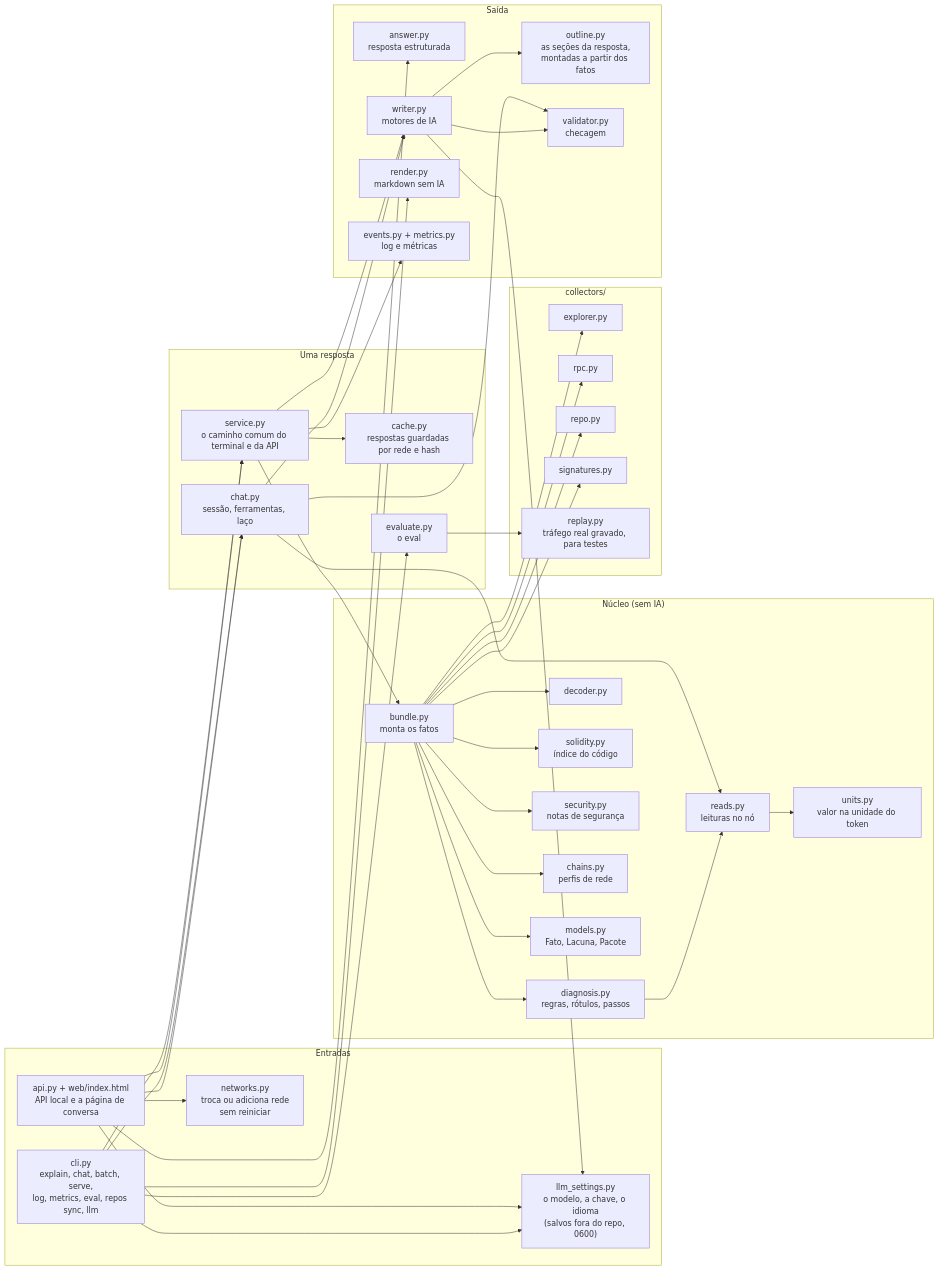
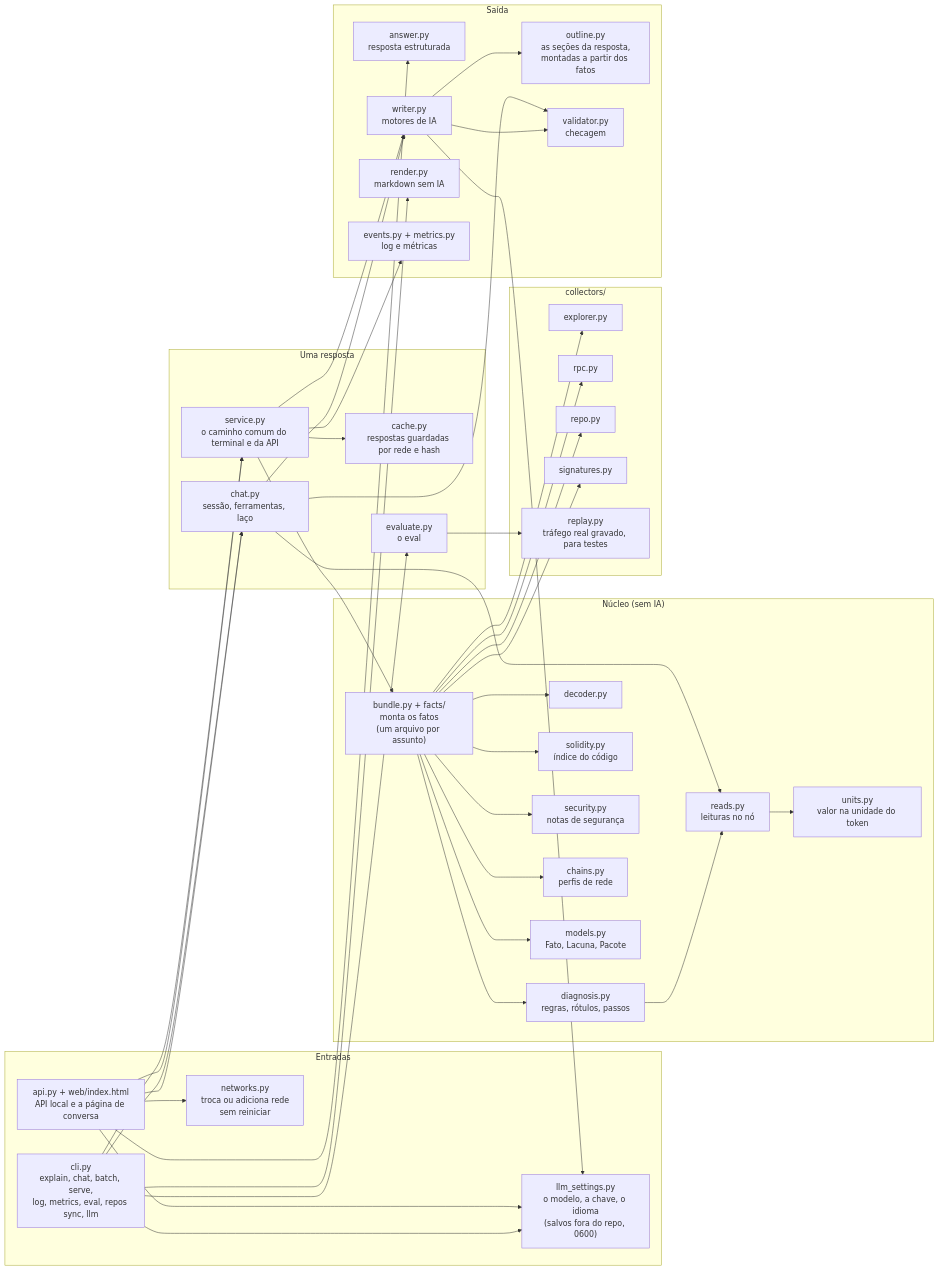
The eighth of 10 diagrams in docs/ARCHITECTURE.pt-BR.md (Ebaoj/anychain), drawn with Mermaid before and after one commit. The commit also changed other lines of this file and 12 other files, not shown here.

First line of the commit message:
BundleBuilder split by concern into facts/: an orchestrator of 367 lines and six parts, each method moved unchanged (D79)

````diff
--- a/docs/ARCHITECTURE.pt-BR.md
+++ b/docs/ARCHITECTURE.pt-BR.md
@@ -252,79 +252,79 @@
 ```mermaid
 flowchart LR
     subgraph entry["Entradas"]
         cli["cli.py<br/>explain, chat, batch, serve,<br/>log, metrics, eval, repos sync, llm"]
         api["api.py + web/index.html<br/>API local e a página de conversa"]
         networks["networks.py<br/>troca ou adiciona rede<br/>sem reiniciar"]
         settings["llm_settings.py<br/>o modelo, a chave, o idioma<br/>(salvos fora do repo, 0600)"]
     end
 
     subgraph service_g["Uma resposta"]
         service["service.py<br/>o caminho comum do terminal e da API"]
         cache["cache.py<br/>respostas guardadas por rede e hash"]
         chat["chat.py<br/>sessão, ferramentas, laço"]
         evaluate["evaluate.py<br/>o eval"]
     end
 
     subgraph core["Núcleo (sem IA)"]
-        bundle["bundle.py<br/>monta os fatos"]
+        bundle["bundle.py + facts/<br/>monta os fatos<br/>(um arquivo por assunto)"]
         diagnosis["diagnosis.py<br/>regras, rótulos, passos"]
         reads["reads.py<br/>leituras no nó"]
         units["units.py<br/>valor na unidade do token"]
         decoder["decoder.py"]
         solidity["solidity.py<br/>índice do código"]
         security["security.py<br/>notas de segurança"]
         chains["chains.py<br/>perfis de rede"]
         models["models.py<br/>Fato, Lacuna, Pacote"]
     end
 
     subgraph collectors["collectors/"]
         explorer["explorer.py"]
         rpc["rpc.py"]
         repo["repo.py"]
         signatures["signatures.py"]
         replay["replay.py<br/>tráfego real gravado, para testes"]
     end
 
     subgraph output["Saída"]
         answer["answer.py<br/>resposta estruturada"]
         outline["outline.py<br/>as seções da resposta,<br/>montadas a partir dos fatos"]
         writer["writer.py<br/>motores de IA"]
         validator["validator.py<br/>checagem"]
         render["render.py<br/>markdown sem IA"]
         events["events.py + metrics.py<br/>log e métricas"]
     end
 
     cli --> service
     api --> service
     api --> networks
     api --> settings
     cli --> settings
     writer --> outline
     writer --> settings
     cli --> chat
     api --> chat
     cli --> evaluate
     service --> cache
     service --> bundle
     service --> writer
     service --> events
     chat --> reads
     chat --> writer
     chat --> validator
     bundle --> diagnosis
     bundle --> explorer
     bundle --> rpc
     bundle --> decoder
     bundle --> solidity
     bundle --> security
     bundle --> repo
     bundle --> signatures
     bundle --> chains
     bundle --> models
     diagnosis --> reads
     reads --> units
     writer --> validator
     api --> answer
     cli --> render
     evaluate --> replay
 ```
````
